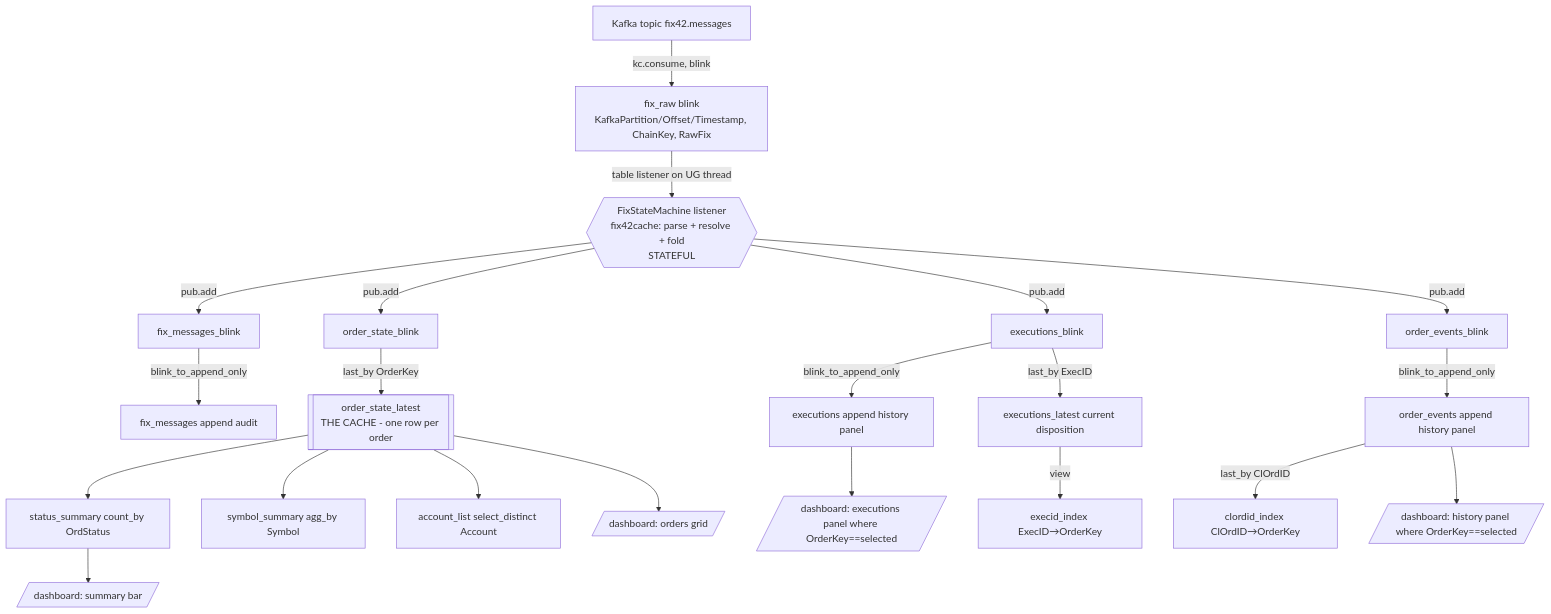
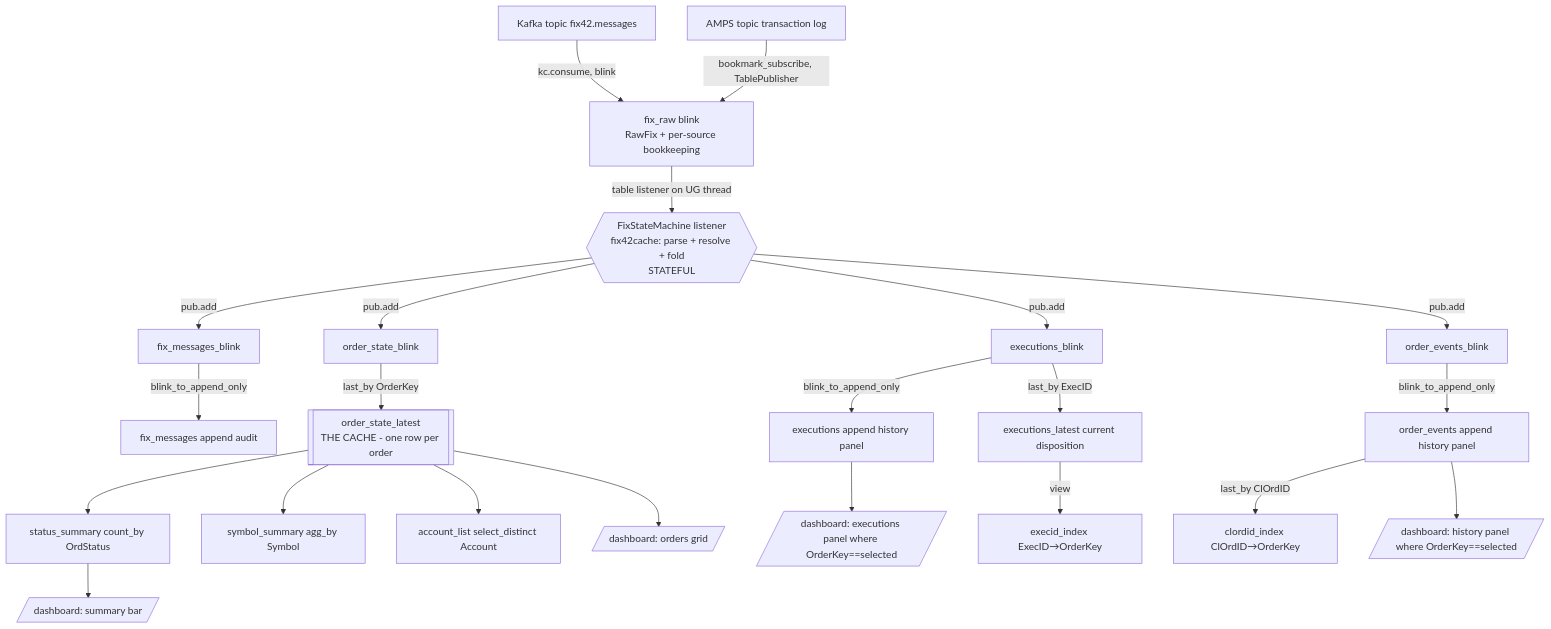
Before and after one commit to crazymatthsu/deephaven-fix42-dashboard: the diagram in claude-code/docs/03-deephaven-dag.md, drawn with Mermaid. The commit also changed other lines of this file and 10 other files, not shown here.

````diff
--- a/claude-code/docs/03-deephaven-dag.md
+++ b/claude-code/docs/03-deephaven-dag.md
@@ -10,27 +10,28 @@
 ```mermaid
 flowchart TD
-    K[Kafka topic fix42.messages] -->|kc.consume, blink| RAW[fix_raw blink\nKafkaPartition/Offset/Timestamp, ChainKey, RawFix]
+    K[Kafka topic fix42.messages] -->|kc.consume, blink| RAW[fix_raw blink\nRawFix + per-source bookkeeping]
+    A[AMPS topic transaction log] -->|bookmark_subscribe, TablePublisher| RAW
     RAW -->|table listener on UG thread| SM{{FixStateMachine listener\nfix42cache: parse + resolve + fold\nSTATEFUL}}
     SM -->|pub.add| MSG[fix_messages_blink]
     SM -->|pub.add| ST[order_state_blink]
     SM -->|pub.add| EX[executions_blink]
     SM -->|pub.add| EV[order_events_blink]
 
     MSG -->|blink_to_append_only| MSGA[fix_messages append audit]
     EV  -->|blink_to_append_only| EVA[order_events append history panel]
     EX  -->|blink_to_append_only| EXA[executions append history panel]
 
     ST -->|last_by OrderKey| CACHE[[order_state_latest\nTHE CACHE - one row per order]]
     EX -->|last_by ExecID| EXL[executions_latest current disposition]
 
     CACHE --> SSUM[status_summary count_by OrdStatus]
     CACHE --> SYM[symbol_summary agg_by Symbol]
     CACHE --> ACCS[account_list select_distinct Account]
     EVA -->|last_by ClOrdID| CIDX[clordid_index ClOrdID→OrderKey]
     EXL -->|view| EIDX[execid_index ExecID→OrderKey]
 
     CACHE --> UI1[/dashboard: orders grid/]
     EXA --> UI2[/dashboard: executions panel where OrderKey==selected/]
     EVA --> UI3[/dashboard: history panel where OrderKey==selected/]
     SSUM --> UI4[/dashboard: summary bar/]
 ```
````
